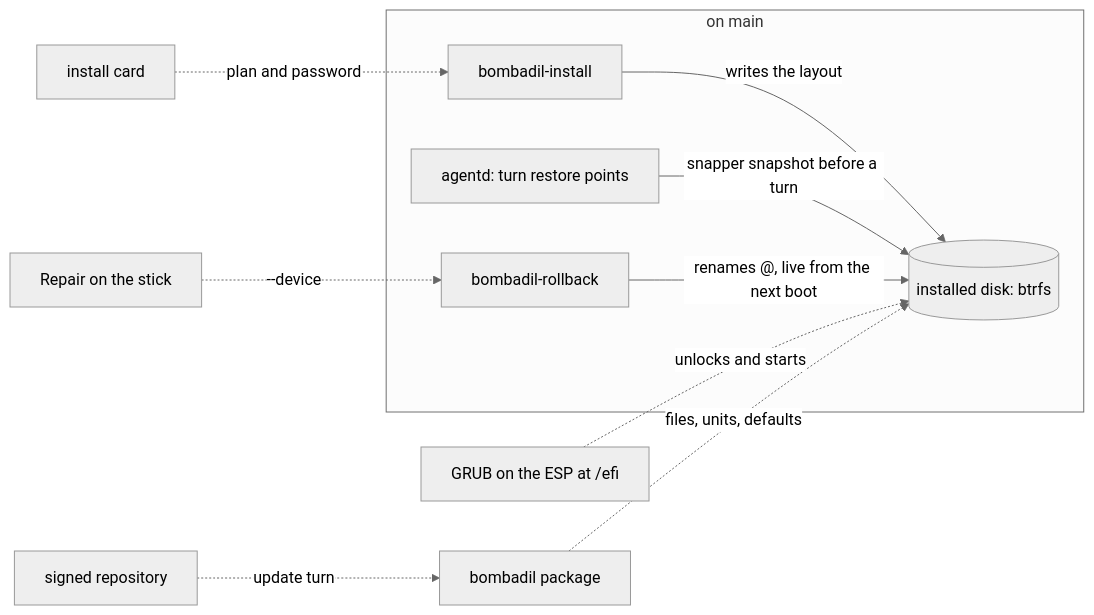
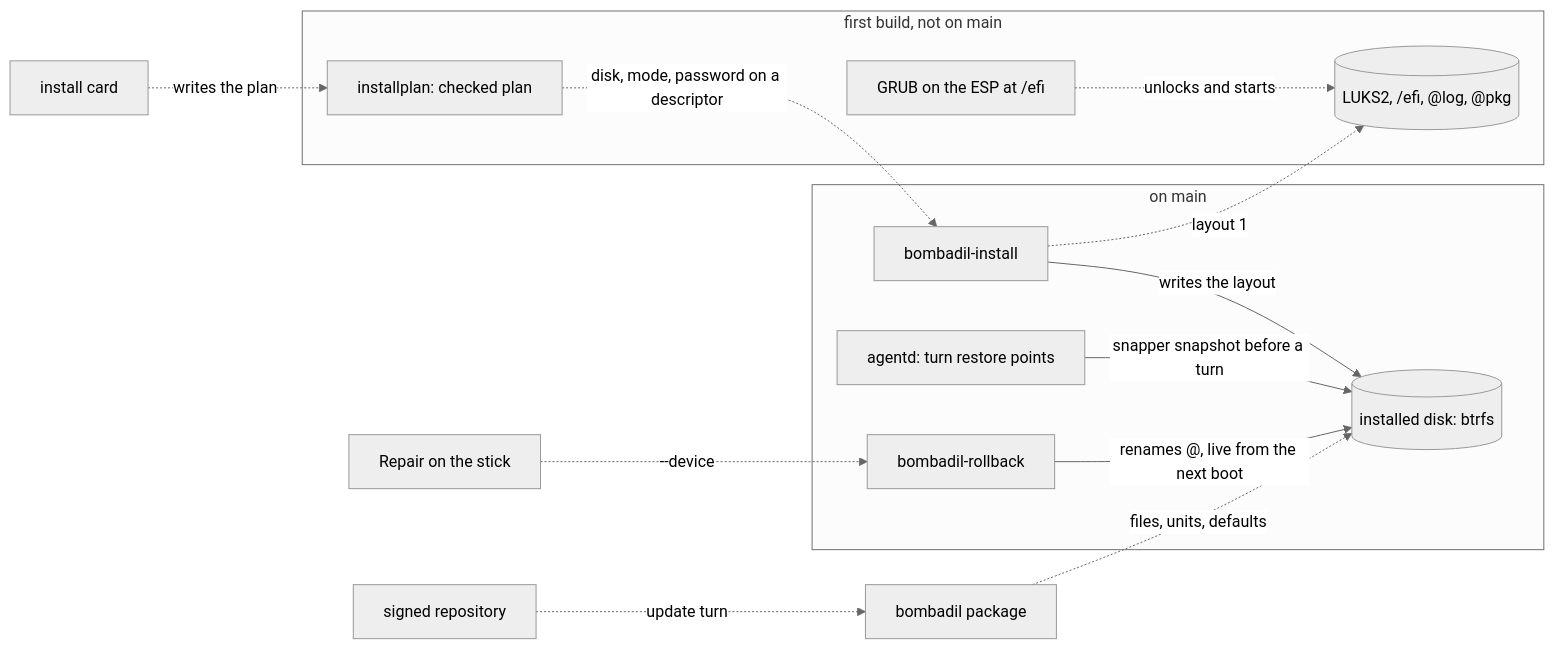
One commit to thedefaultman/Bombadil changed the diagram in docs/architecture/installed-os.md. Above: the diagram before and after it, drawn with Mermaid (neutral theme). The commit also changed other lines of this file and 18 other files, not shown here.

First line of the commit message:
docs: architecture page updates against current main (checks interrupted)

````diff
--- a/docs/architecture/installed-os.md
+++ b/docs/architecture/installed-os.md
@@ -45,22 +55,28 @@
 ```mermaid
 flowchart LR
     subgraph onmain["on main"]
         INSTALL["bombadil-install"]
         AGENTD["agentd: turn restore points"]
         ROLLBACK["bombadil-rollback"]
         DISK[("installed disk: btrfs")]
     end
+    subgraph first["first build, not on main"]
+        PLAN["installplan: checked plan"]
+        LUKS[("LUKS2, /efi, @log, @pkg")]
+        GRUB["GRUB on the ESP at /efi"]
+    end
     CARD["install card"]
-    GRUB["GRUB on the ESP at /efi"]
+    PKG["bombadil package"]
     REPO["signed repository"]
-    PKG["bombadil package"]
     REPAIR["Repair on the stick"]
     INSTALL -->|"writes the layout"| DISK
     AGENTD -->|"snapper snapshot before a turn"| DISK
     ROLLBACK -->|"renames @, live from the next boot"| DISK
-    CARD -.->|"plan and password"| INSTALL
-    GRUB -.->|"unlocks and starts"| DISK
+    PLAN -.->|"disk, mode, password on a descriptor"| INSTALL
+    INSTALL -.->|"layout 1"| LUKS
+    GRUB -.->|"unlocks and starts"| LUKS
+    CARD -.->|"writes the plan"| PLAN
     REPO -.->|"update turn"| PKG
     PKG -.->|"files, units, defaults"| DISK
     REPAIR -.->|"--device"| ROLLBACK
 ```
````
